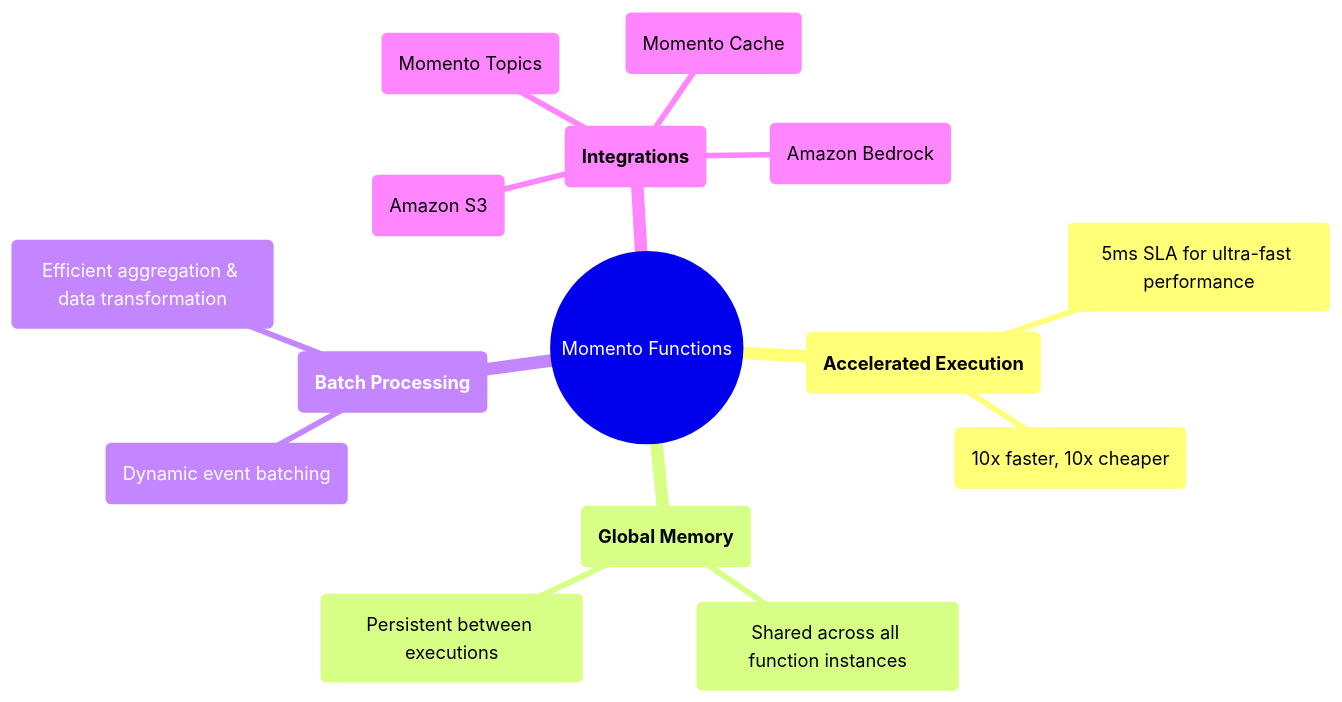
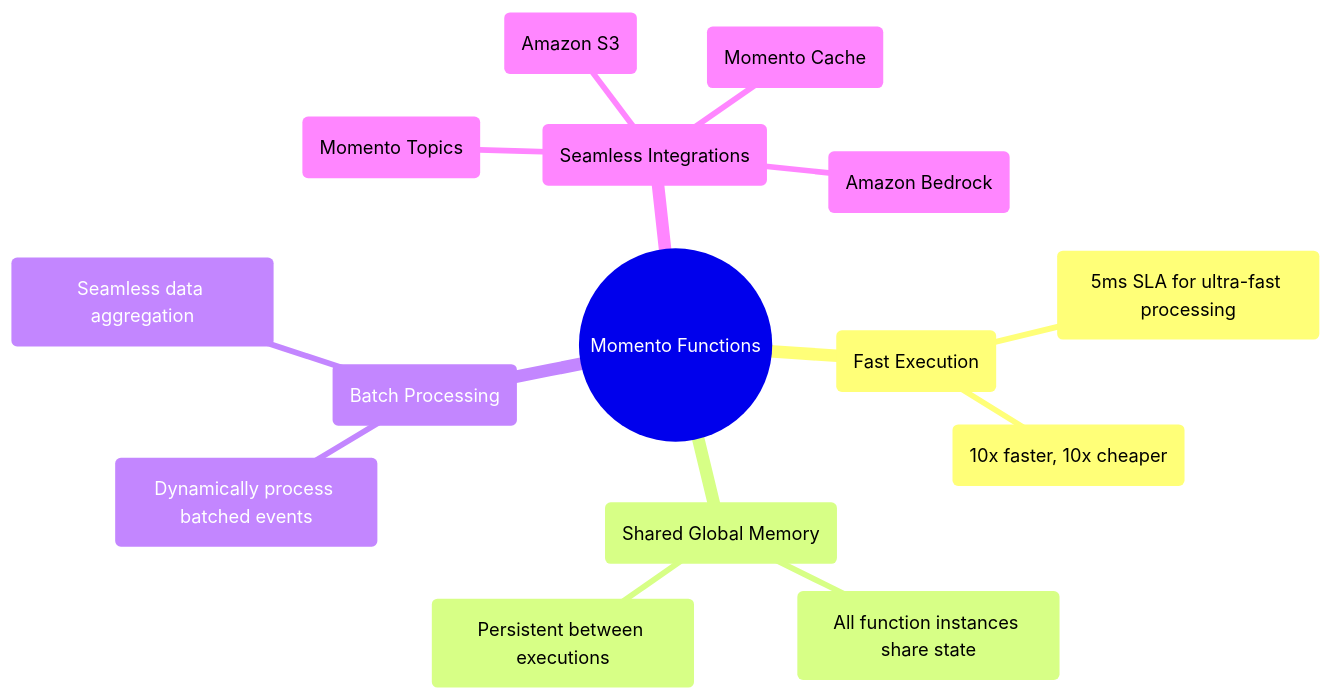
The diagram in docs/functions/index.mdx (momentohq/public-dev-docs), drawn with Mermaid before and after one commit. The commit also changed other lines of this file and 1 other file, not shown here.

````diff
--- a/docs/functions/index.mdx
+++ b/docs/functions/index.mdx
@@ -22,19 +23,18 @@
 ```mermaid
 mindmap
   root((Momento Functions))
-    (**Accelerated Execution**)
-      (5ms SLA for ultra-fast performance)
+    (Fast Execution)
+      (5ms SLA for ultra-fast processing)
       (10x faster, 10x cheaper)
-    (**Global Memory**)
-      (Shared across all function instances)
+    (Shared Global Memory)
+      (All function instances share state)
       (Persistent between executions)
-    (**Batch Processing**)
-      (Dynamic event batching)
-      (Efficient aggregation & data transformation)
-    (**Integrations**)
+    (Batch Processing)
+      (Dynamically process batched events)
+      (Seamless data aggregation)
+    (Seamless Integrations)
       (Amazon S3)
       (Momento Topics)
       (Momento Cache)
       (Amazon Bedrock)
-
 ```
````
